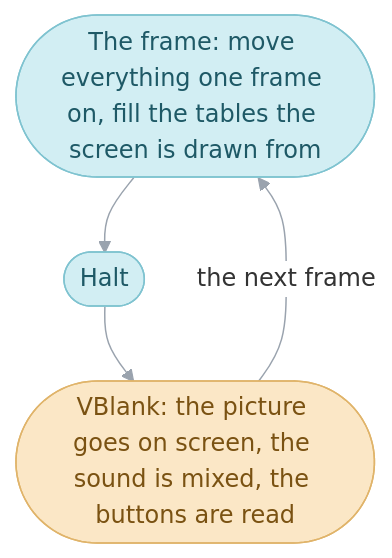
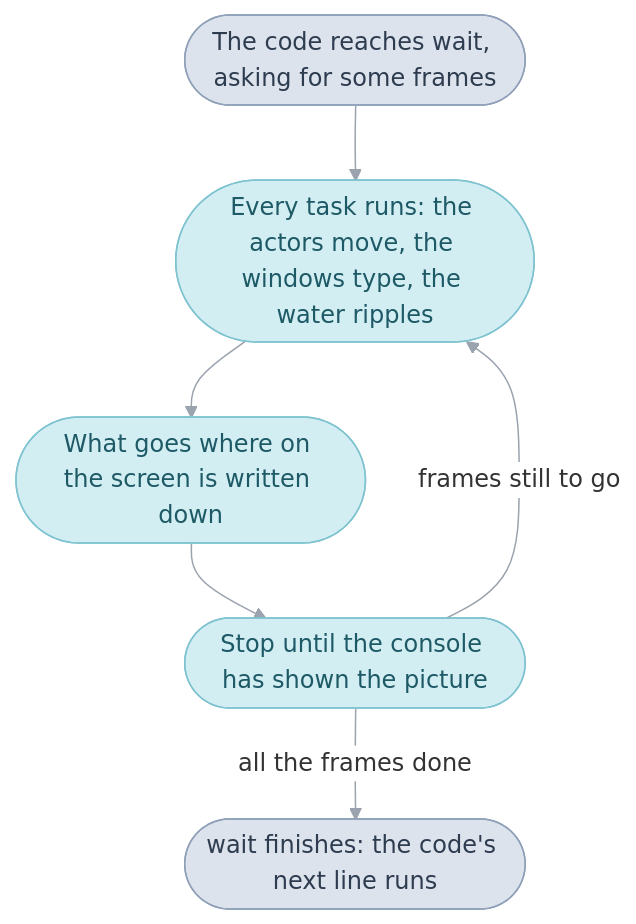
The second of 3 diagrams in games/tbs/README.md (PascalPixel/alchemy), drawn with Mermaid before and after one commit. The commit also changed other lines of this file and 20 other files, not shown here.

````diff
--- a/games/tbs/README.md
+++ b/games/tbs/README.md
@@ -115,11 +244,13 @@
 ```mermaid
 %%{init: {"theme": "base", "themeVariables": {"lineColor": "#9AA3AE", "edgeLabelBackground": "#FFFFFF"}, "flowchart": {"curve": "basis", "padding": 12}}}%%
 flowchart TD
-  work(["The frame: move everything one frame on, fill the tables the screen is drawn from"]) --> halt(["Halt"])
-  halt --> vblank(["VBlank: the picture goes on screen, the sound is mixed, the buttons are read"])
-  vblank -- "the next frame" --> work
+  call(["The code reaches wait, asking for some frames"]) --> tasks(["Every task runs: the actors move, the windows type, the water ripples"])
+  tasks --> sprites(["What goes where on the screen is written down"])
+  sprites --> halt(["Stop until the console has shown the picture"])
+  halt -- "frames still to go" --> tasks
+  halt -- "all the frames done" --> back(["wait finishes: the code's next line runs"])
+  classDef code fill:#DDE3EC,stroke:#8FA0B8,color:#2E3C50
   classDef frame fill:#D2EEF3,stroke:#7FC3D0,color:#1E5966
-  classDef hardware fill:#FBE7C6,stroke:#E0B46A,color:#7A5212
-  class work,halt frame
-  class vblank hardware
+  class call,back code
+  class tasks,sprites,halt frame
 ```
````
